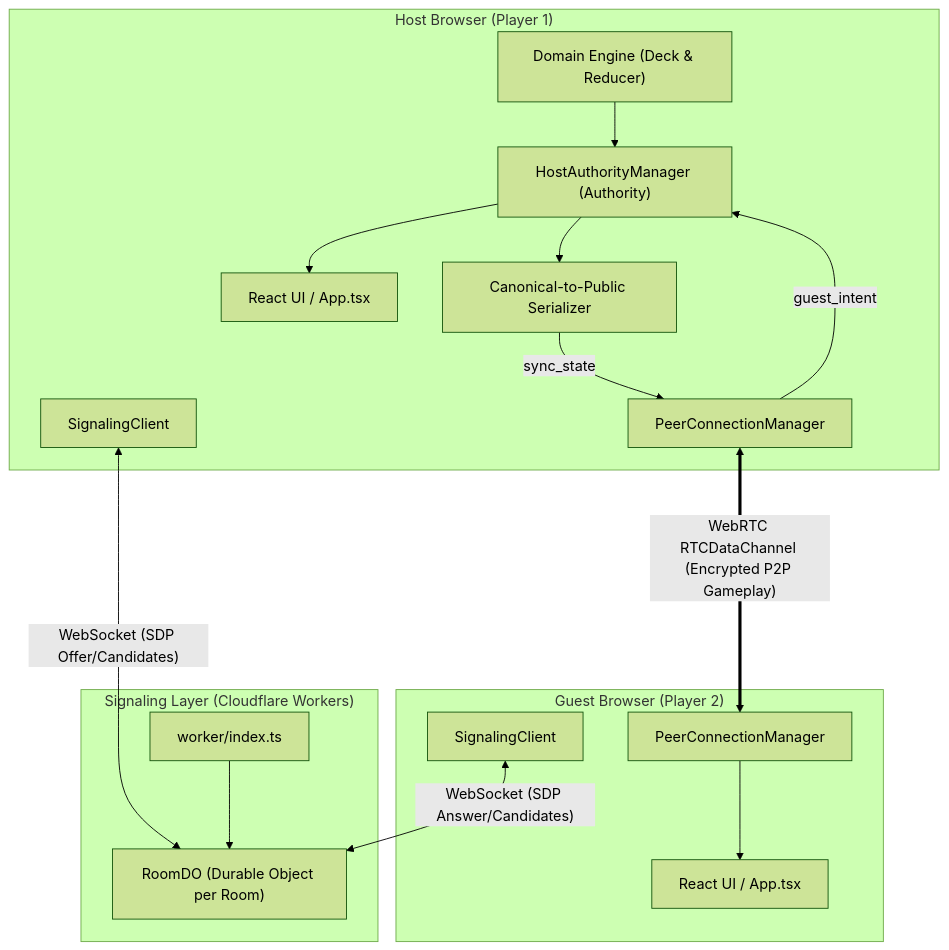
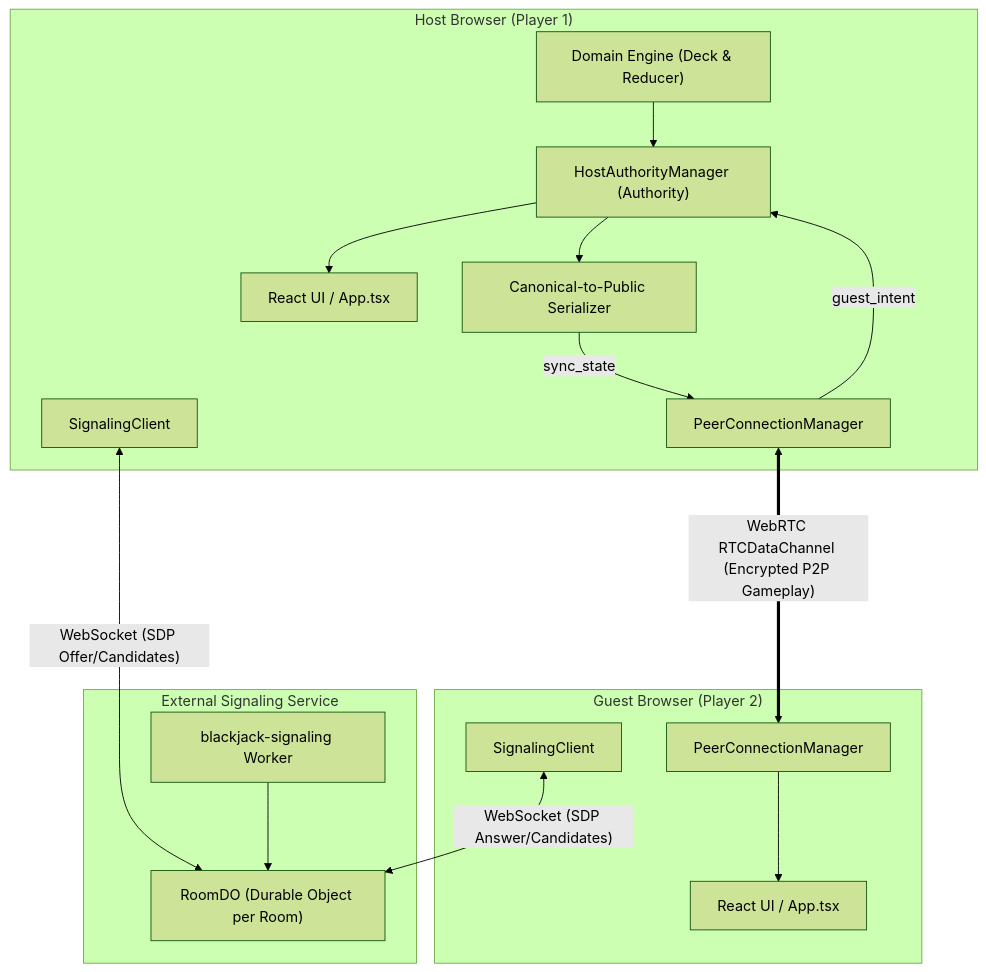
The diagram in ARCHITECTURE.md (LeoneMarcos/blackjack), drawn with Mermaid (forest theme) before and after one commit. The commit also changed other lines of this file, not shown here.

Commit message:
docs: separate signaling architecture

````diff
--- a/ARCHITECTURE.md
+++ b/ARCHITECTURE.md
@@ -7,35 +7,35 @@
 ```mermaid
 flowchart TD
     subgraph HostBrowser["Host Browser (Player 1)"]
         UI_Host["React UI / App.tsx"]
         Auth["HostAuthorityManager (Authority)"]
         Domain["Domain Engine (Deck & Reducer)"]
         Serializer["Canonical-to-Public Serializer"]
         RTC_Host["PeerConnectionManager"]
         Sig_Host["SignalingClient"]
     end
 
     subgraph GuestBrowser["Guest Browser (Player 2)"]
         UI_Guest["React UI / App.tsx"]
         RTC_Guest["PeerConnectionManager"]
         Sig_Guest["SignalingClient"]
     end
 
-    subgraph Cloudflare["Signaling Layer (Cloudflare Workers)"]
-        Worker["worker/index.ts"]
+    subgraph Cloudflare["External Signaling Service"]
+        Worker["blackjack-signaling Worker"]
         DO["RoomDO (Durable Object per Room)"]
     end
 
     Sig_Host <-->|"WebSocket (SDP Offer/Candidates)"| DO
     Sig_Guest <-->|"WebSocket (SDP Answer/Candidates)"| DO
     Worker --> DO
 
     RTC_Host <===>|"WebRTC RTCDataChannel (Encrypted P2P Gameplay)"| RTC_Guest
 
     Domain --> Auth
     Auth --> Serializer
     Serializer -->|"sync_state"| RTC_Host
     RTC_Host -->|"guest_intent"| Auth
     RTC_Guest --> UI_Guest
     Auth --> UI_Host
 ```
````
